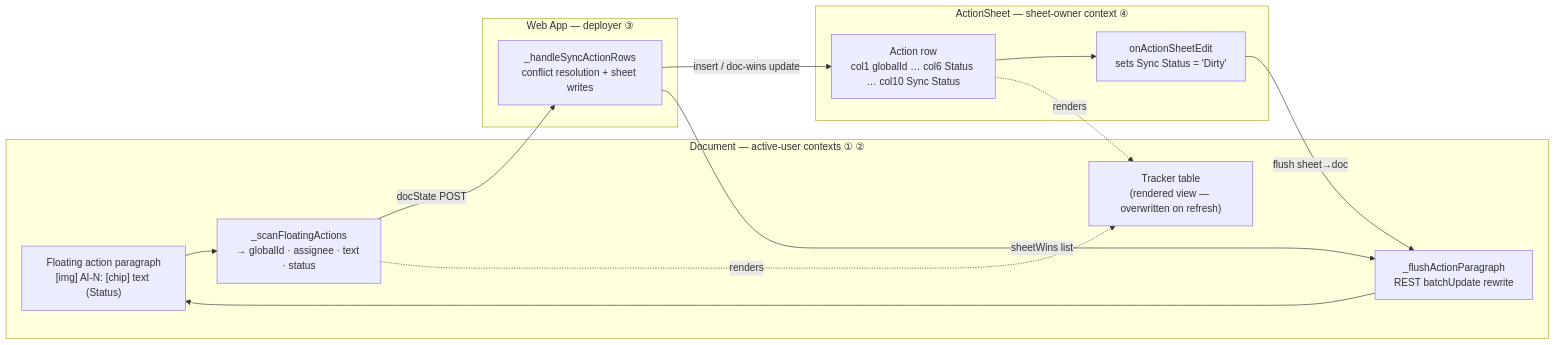
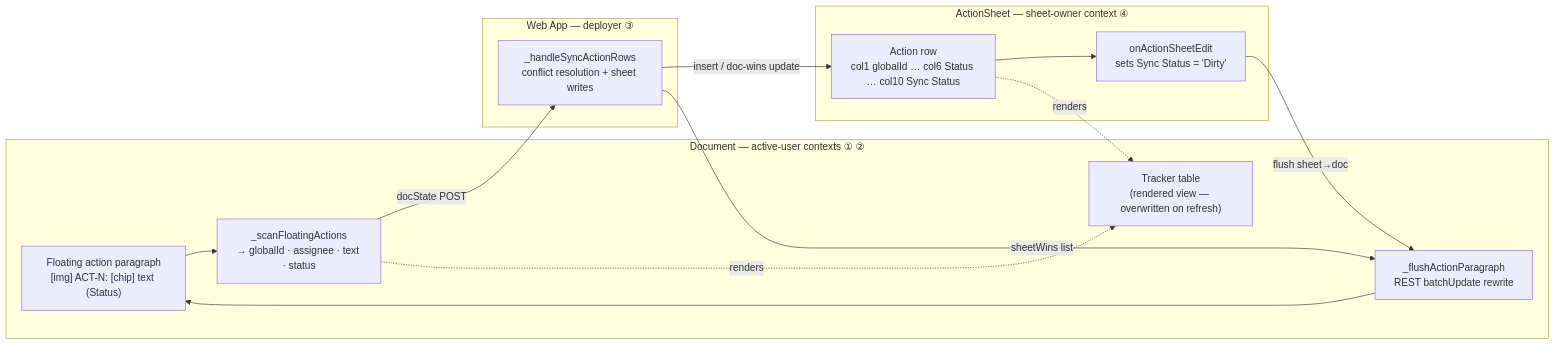
One commit to stuartdonaldson/GActionSheet changed the second of 7 diagrams in docs/DESIGN.md. Above: the diagram before and after it, drawn with Mermaid. The commit also changed other lines of this file and 6 other files, not shown here.

````diff
--- a/docs/DESIGN.md
+++ b/docs/DESIGN.md
@@ -199,26 +199,26 @@
 ```mermaid
 graph LR
     subgraph docside["Document — active-user contexts ① ②"]
-        FA["Floating action paragraph<br/>[img] AI-N: [chip] text (Status)"]
+        FA["Floating action paragraph<br/>[img] ACT-N: [chip] text (Status)"]
         SCAN["_scanFloatingActions<br/>→ globalId · assignee · text · status"]
         FLUSH["_flushActionParagraph<br/>REST batchUpdate rewrite"]
         TRK["Tracker table<br/>(rendered view — overwritten on refresh)"]
     end
     subgraph webapp["Web App — deployer ③"]
         SYNC["_handleSyncActionRows<br/>conflict resolution + sheet writes"]
     end
     subgraph sheetside["ActionSheet — sheet-owner context ④"]
         ROW["Action row<br/>col1 globalId … col6 Status … col10 Sync Status"]
         EDIT["onActionSheetEdit<br/>sets Sync Status = 'Dirty'"]
     end
 
     FA --> SCAN
     SCAN -->|docState POST| SYNC
     SYNC -->|insert / doc-wins update| ROW
     SYNC -->|sheetWins list| FLUSH
     FLUSH --> FA
     ROW --> EDIT
     EDIT -->|flush sheet→doc| FLUSH
     SCAN -. renders .-> TRK
     ROW -. renders .-> TRK
 ```
````
